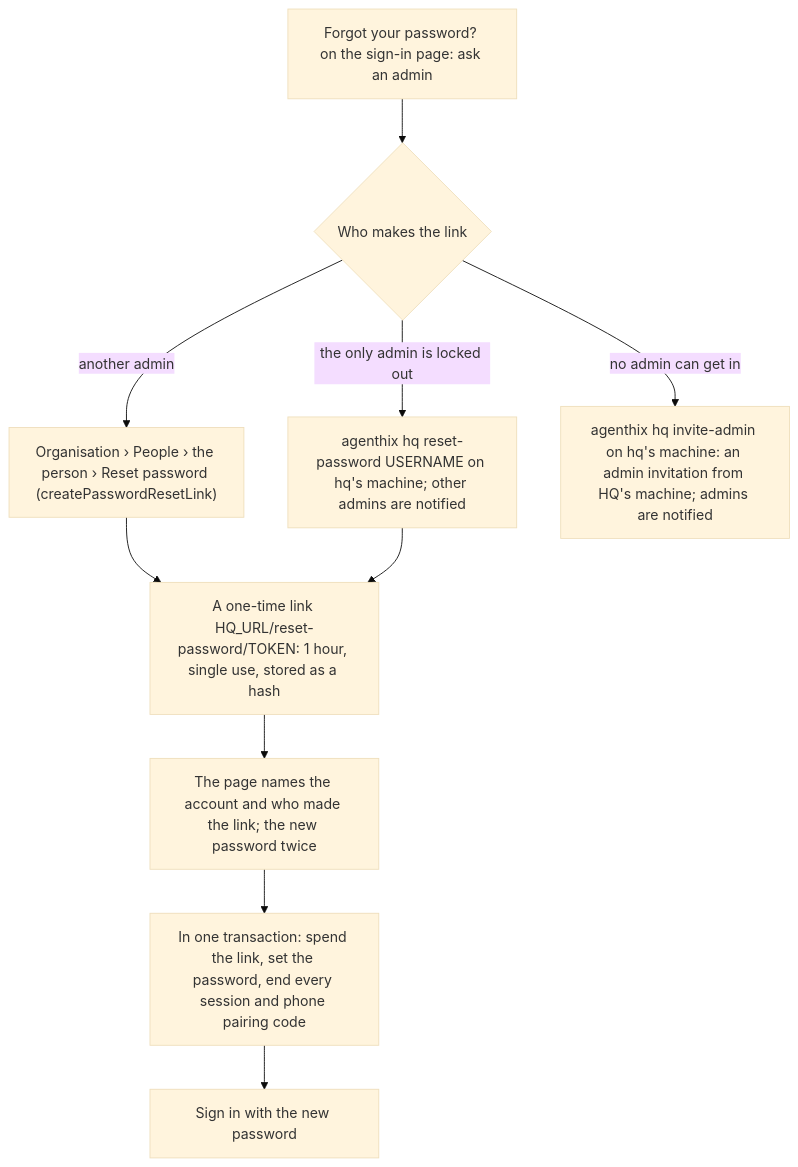
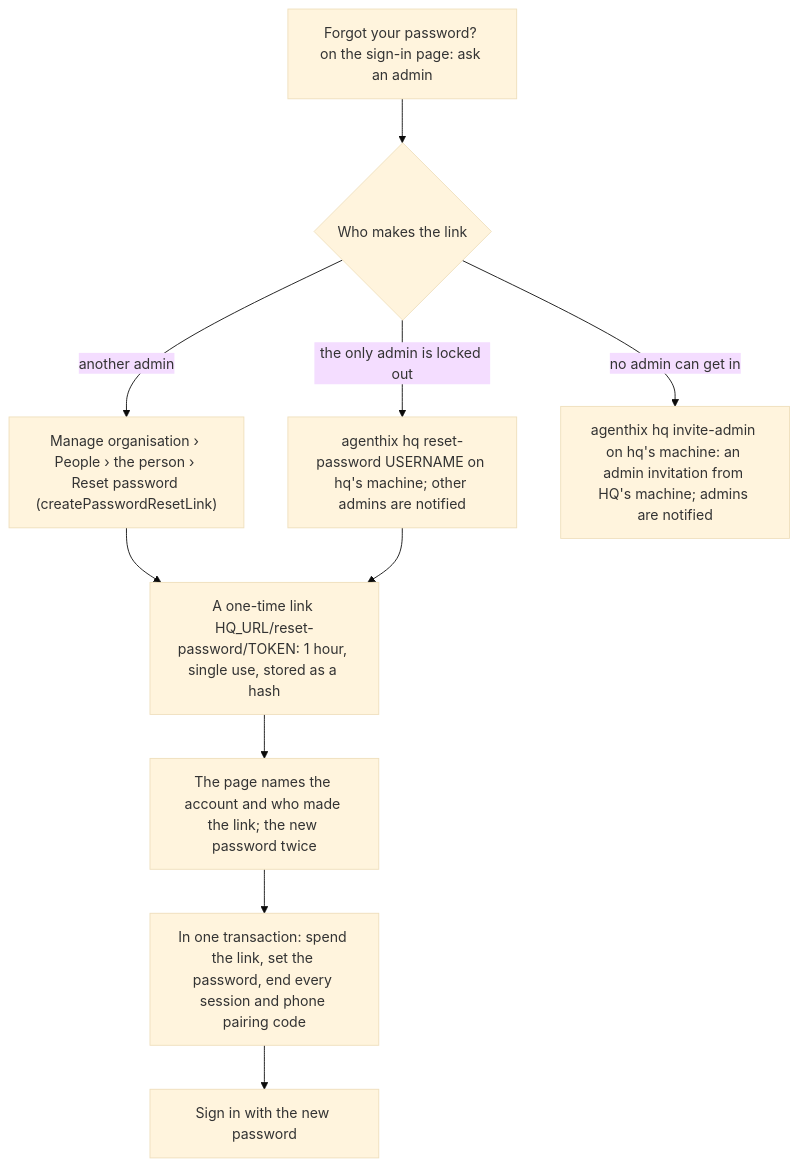
Before and after one commit to solution84-com/agenthix: the fifth of 7 diagrams in docs/concepts/auth/invite-auth.md, drawn with Mermaid (base theme). The commit also changed other lines of this file and 40 other files, not shown here.

Commit message:
docs(concepts,architecture): providers, model resolution and lists, voice, billing and the ledger, the admin area, setup with models and voice, the AI contract with Cloud, and the site's provider descriptors and usage reports

````diff
--- a/docs/concepts/auth/invite-auth.md
+++ b/docs/concepts/auth/invite-auth.md
@@ -155,12 +156,12 @@
 ```mermaid
 flowchart TD
     F["Forgot your password? on the sign-in page: ask an admin"] --> A{"Who makes the link"}
-    A -- "another admin" --> B["Organisation › People › the person › Reset password (createPasswordResetLink)"]
+    A -- "another admin" --> B["Manage organisation › People › the person › Reset password (createPasswordResetLink)"]
     A -- "the only admin is locked out" --> C["agenthix hq reset-password USERNAME on hq's machine; other admins are notified"]
     A -- "no admin can get in" --> D["agenthix hq invite-admin on hq's machine: an admin invitation from HQ's machine; admins are notified"]
     B --> R["A one-time link HQ_URL/reset-password/TOKEN: 1 hour, single use, stored as a hash"]
     C --> R
     R --> P["The page names the account and who made the link; the new password twice"]
     P --> Q["In one transaction: spend the link, set the password, end every session and phone pairing code"]
     Q --> Z["Sign in with the new password"]
 ```
````
